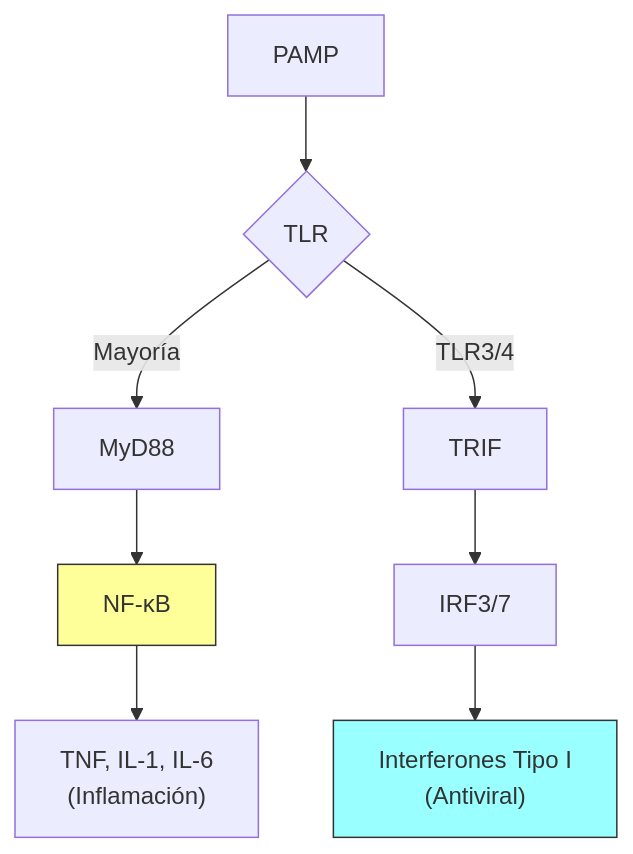
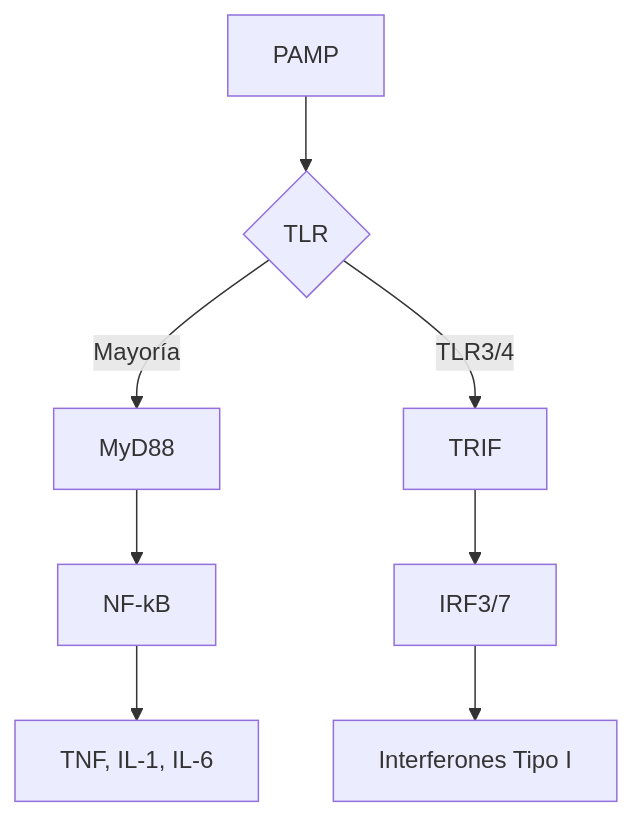
Before and after one commit to SrFuego/srfuego.github.io: the second of 4 diagrams in content/Microbiologia/00_Microbiologia_Inmunologia_MOC.md, drawn with Mermaid. The commit also changed other lines of this file, not shown here.

````diff
--- a/content/Microbiologia/00_Microbiologia_Inmunologia_MOC.md
+++ b/content/Microbiologia/00_Microbiologia_Inmunologia_MOC.md
@@ -121,15 +69,12 @@
 ```mermaid
 graph TD
     PAMP["PAMP"] --> TLR{TLR}
     TLR -->|Mayoría| MyD88["MyD88"]
     TLR -->|TLR3/4| TRIF["TRIF"]
     
-    MyD88 --> NFkB["NF-κB"]
-    NFkB --> Citocinas["TNF, IL-1, IL-6<br/>(Inflamación)"]
+    MyD88 --> NFkB["NF-kB"]
+    NFkB --> Citocinas["TNF, IL-1, IL-6"]
     
     TRIF --> IRF3["IRF3/7"]
-    IRF3 --> IFN["Interferones Tipo I<br/>(Antiviral)"]
-    
-    style NFkB fill:#ff9,stroke:#333
-    style IFN fill:#9ff,stroke:#333
+    IRF3 --> IFN["Interferones Tipo I"]
 ```
````
